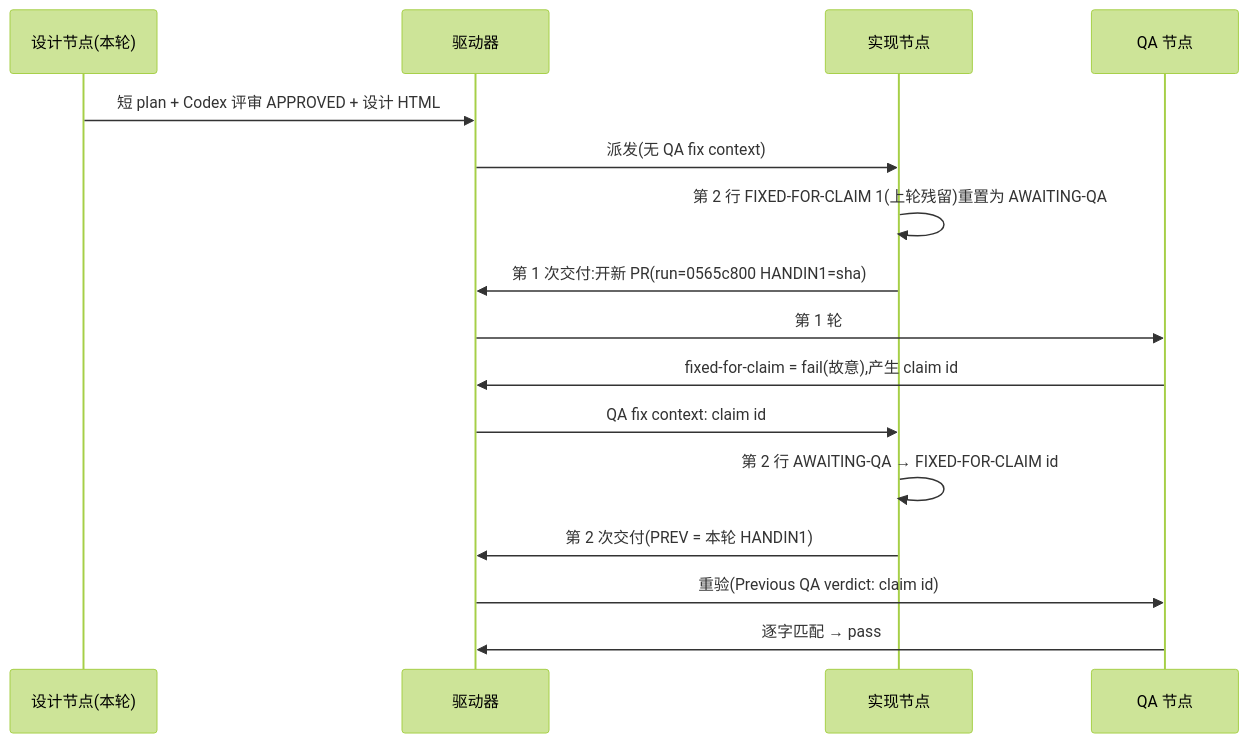
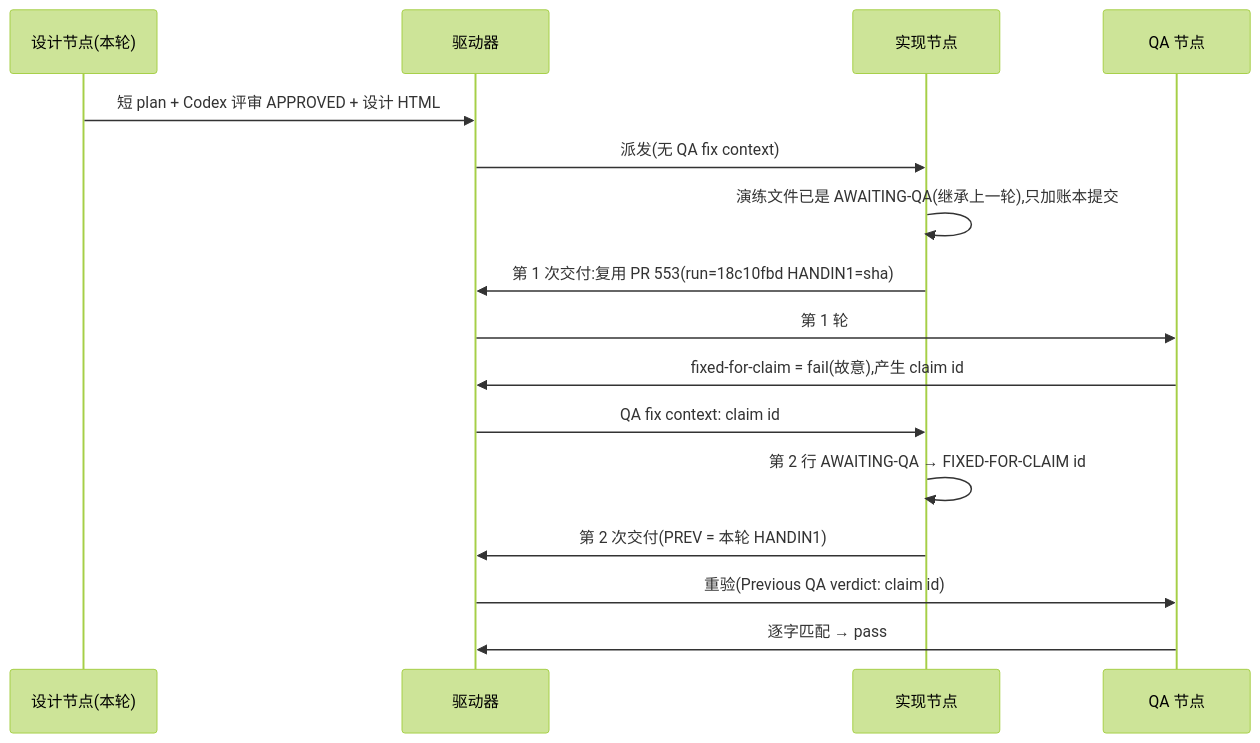
The diagram in engineering/doc/FLY-3224-real-runner-drill/d1-core-flow.mmd (xrliAnnie/flywheel-qa-sandbox), drawn with Mermaid (forest theme) before and after one commit. The commit also changed 4 other files, not shown here.

Commit message:
docs(qa-sbx): FLY-3224 run 18c10fbd founder design page

```diff
--- a/engineering/doc/FLY-3224-real-runner-drill/d1-core-flow.mmd
+++ b/engineering/doc/FLY-3224-real-runner-drill/d1-core-flow.mmd
@@ -1,16 +1,16 @@
 sequenceDiagram
     participant S as 设计节点(本轮)
     participant D as 驱动器
     participant I as 实现节点
     participant Q as QA 节点
     S->>D: 短 plan + Codex 评审 APPROVED + 设计 HTML
     D->>I: 派发(无 QA fix context)
-    I->>I: 第 2 行 FIXED-FOR-CLAIM 1(上轮残留)重置为 AWAITING-QA
-    I->>D: 第 1 次交付:开新 PR(run=0565c800 HANDIN1=sha)
+    I->>I: 演练文件已是 AWAITING-QA(继承上一轮),只加账本提交
+    I->>D: 第 1 次交付:复用 PR 553(run=18c10fbd HANDIN1=sha)
     D->>Q: 第 1 轮
     Q->>D: fixed-for-claim = fail(故意),产生 claim id
     D->>I: QA fix context: claim id
     I->>I: 第 2 行 AWAITING-QA → FIXED-FOR-CLAIM id
     I->>D: 第 2 次交付(PREV = 本轮 HANDIN1)
     D->>Q: 重验(Previous QA verdict: claim id)
     Q->>D: 逐字匹配 → pass
```
